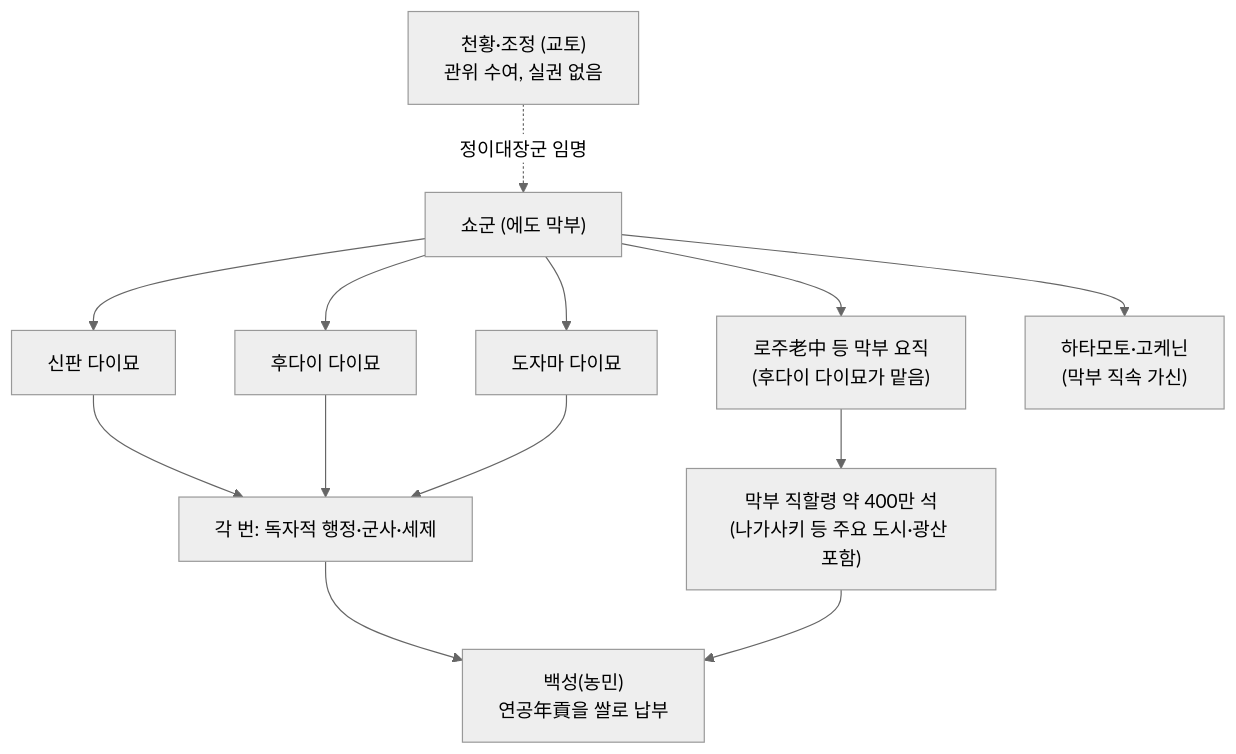
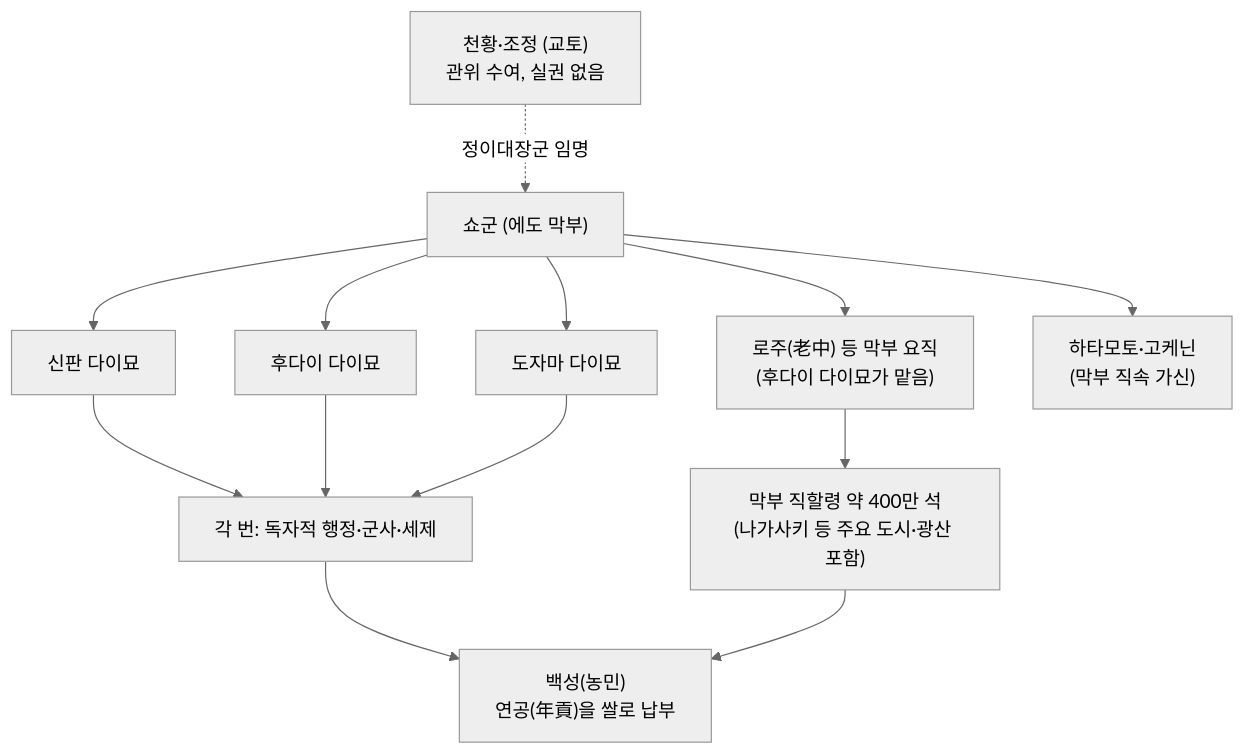
Before and after one commit to twentywon/study: the first of 3 diagrams in content/inbox/jmh-01-black-ships/lecture.md, drawn with Mermaid (neutral theme). The commit also changed other lines of this file and 23 other files, not shown here.

````diff
--- a/content/inbox/jmh-01-black-ships/lecture.md
+++ b/content/inbox/jmh-01-black-ships/lecture.md
@@ -69,14 +69,14 @@
 ```mermaid
 %% caption: 막번 체제의 기본 구조
 flowchart TB
   T["천황·조정 (교토)<br/>관위 수여, 실권 없음"] -. 정이대장군 임명 .-> S["쇼군 (에도 막부)"]
-  S --> R["로주老中 등 막부 요직<br/>(후다이 다이묘가 맡음)"]
+  S --> R["로주(老中) 등 막부 요직<br/>(후다이 다이묘가 맡음)"]
   S --> D1["신판 다이묘"]
   S --> D2["후다이 다이묘"]
   S --> D3["도자마 다이묘"]
   S --> H["하타모토·고케닌<br/>(막부 직속 가신)"]
   R --> TL["막부 직할령 약 400만 석<br/>(나가사키 등 주요 도시·광산 포함)"]
   D1 & D2 & D3 --> HAN["각 번: 독자적 행정·군사·세제"]
-  HAN --> P["백성(농민)<br/>연공年貢을 쌀로 납부"]
+  HAN --> P["백성(농민)<br/>연공(年貢)을 쌀로 납부"]
   TL --> P
 ```
````
